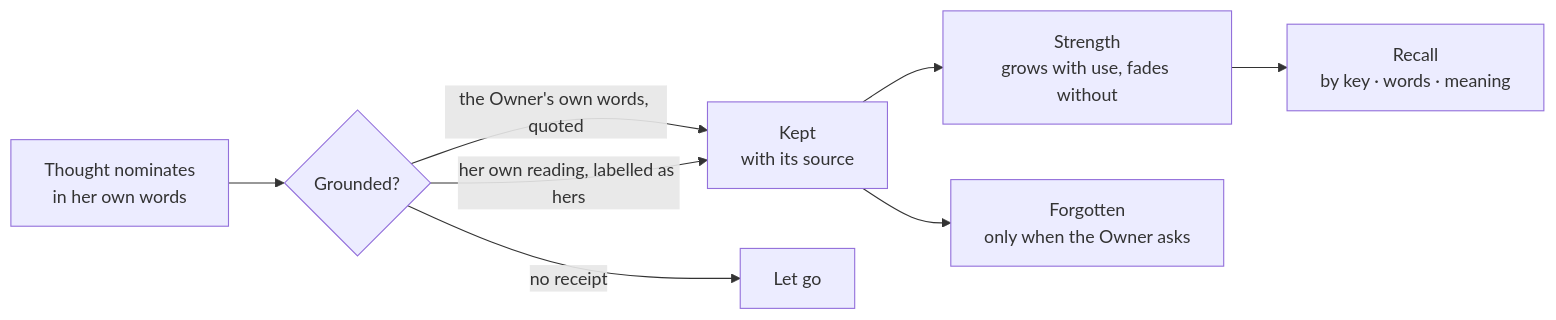
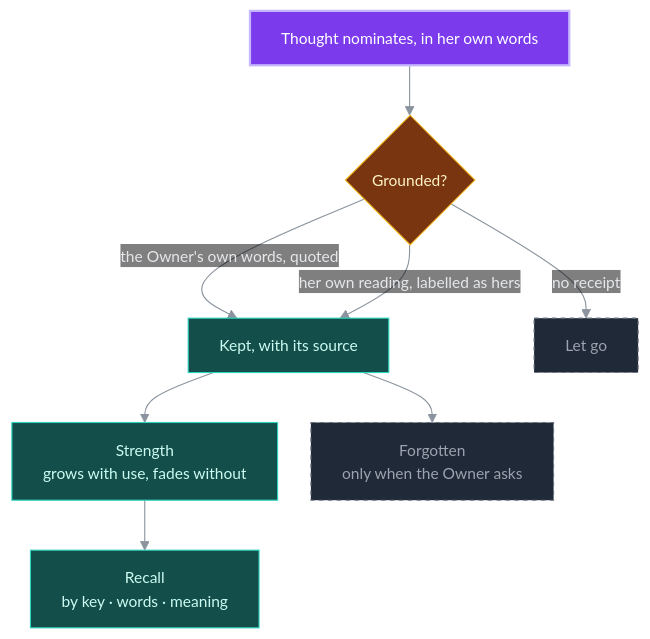
One commit to XharvaK/Ashley changed the fourth of 6 diagrams in README.md. Above: the diagram before and after it, drawn with Mermaid. The commit also changed other lines of this file, not shown here.

Commit message:
README: restyle the six diagrams (one palette, transparent groups and labels, layouts that fit)

````diff
--- a/README.md
+++ b/README.md
@@ -137,10 +169,23 @@
 ```mermaid
-flowchart LR
-    N["Thought nominates<br/>in her own words"] --> G{"Grounded?"}
-    G -->|"the Owner's own words, quoted"| K["Kept<br/>with its source"]
+%%{init: {"theme": "base", "themeVariables": {"fontFamily": "ui-sans-serif, -apple-system, Segoe UI, Helvetica, Arial, sans-serif", "fontSize": "14px", "lineColor": "#8b949e", "textColor": "#8b949e", "edgeLabelBackground": "transparent", "clusterBkg": "transparent", "clusterBorder": "#8b949e", "primaryColor": "#1f2937", "primaryBorderColor": "#6b7280", "primaryTextColor": "#e5e7eb"}, "themeCSS": ".labelBkg, .edgeLabel { background-color: transparent !important; } .cluster-label span, .cluster-label p { letter-spacing: 0.08em; font-size: 12px; }", "flowchart": {"wrappingWidth": 320, "curve": "basis", "nodeSpacing": 30, "rankSpacing": 45, "padding": 14}}}%%
+flowchart TB
+    N["Thought nominates, in her own words"] --> G{"Grounded?"}
+    G -->|"the Owner's own words, quoted"| K["Kept, with its source"]
     G -->|"her own reading, labelled as hers"| K
     G -->|"no receipt"| X["Let go"]
     K --> ST["Strength<br/>grows with use, fades without"]
+    K --> FG["Forgotten<br/>only when the Owner asks"]
     ST --> RC["Recall<br/>by key · words · meaning"]
-    K --> FG["Forgotten<br/>only when the Owner asks"]
+
+    classDef thought fill:#7c3aed,stroke:#c4b5fd,stroke-width:2px,color:#ffffff
+    classDef self fill:#312e81,stroke:#818cf8,color:#e0e7ff
+    classDef past fill:#134e4a,stroke:#2dd4bf,color:#ccfbf1
+    classDef attn fill:#78350f,stroke:#fbbf24,color:#fef3c7
+    classDef owner fill:#9d174d,stroke:#f9a8d4,stroke-width:2px,color:#fdf2f8
+    classDef mech fill:#1f2937,stroke:#6b7280,color:#e5e7eb
+    classDef gone fill:#1f2937,stroke:#6b7280,stroke-dasharray:4 4,color:#9ca3af
+    class N thought
+    class G attn
+    class K,ST,RC past
+    class X,FG gone
 ```
````
